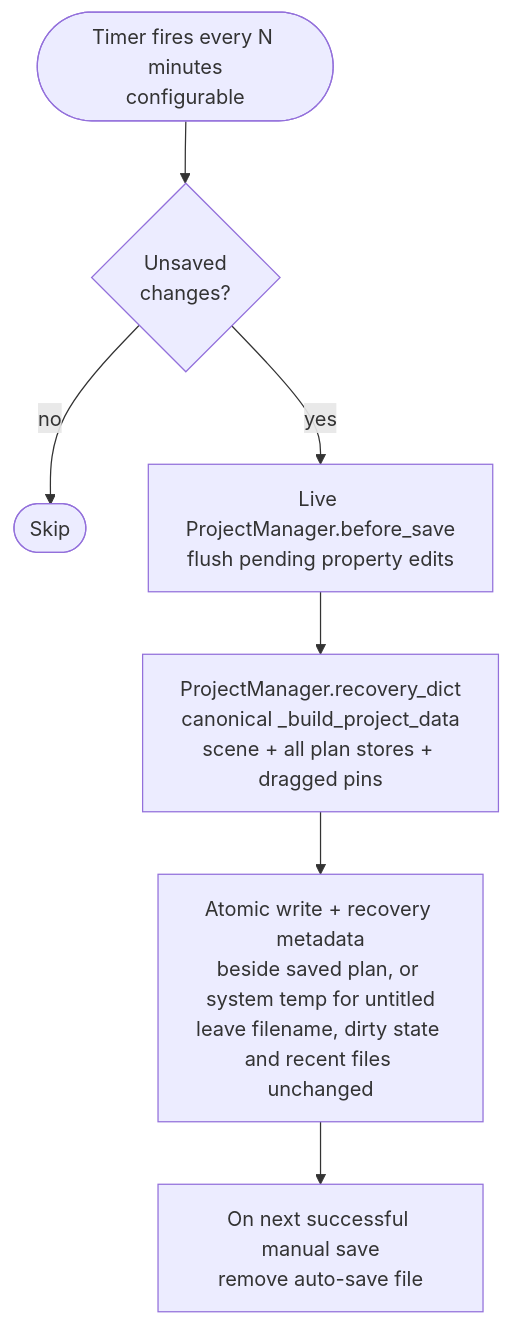
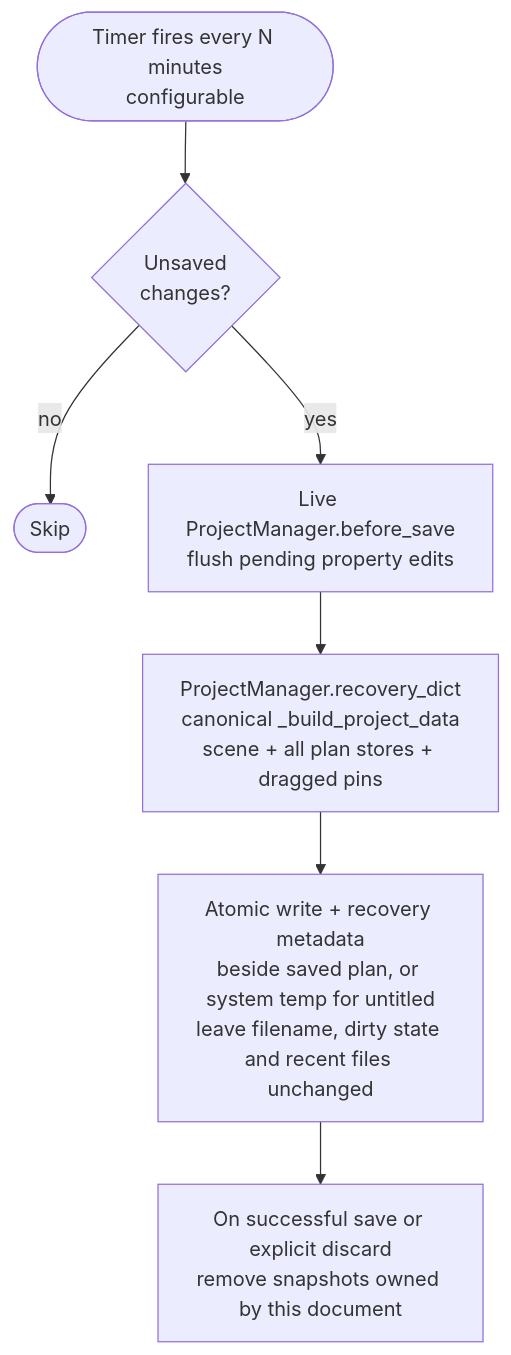
Before and after one commit to cofade/open-garden-planner: diagram 13 of 38 in docs/06-runtime-view/README.md, drawn with Mermaid. The commit also changed other lines of this file and 18 other files, not shown here.

Commit message:
fix(#797): discover saved-plan recovery and retain owned snapshots

````diff
--- a/docs/06-runtime-view/README.md
+++ b/docs/06-runtime-view/README.md
@@ -374,14 +374,14 @@
 ```mermaid
 flowchart TD
     T([Timer fires every N minutes<br/>configurable])
     Dirty{Unsaved<br/>changes?}
     Skip([Skip])
     Flush["Live ProjectManager.before_save<br/>flush pending property edits"]
     Build["ProjectManager.recovery_dict<br/>canonical _build_project_data<br/>scene + all plan stores + dragged pins"]
     Ser["Atomic write + recovery metadata<br/>beside saved plan, or system temp for untitled<br/>leave filename, dirty state and recent files unchanged"]
-    Manual[On next successful manual save<br/>remove auto-save file]
+    Manual[On successful save or explicit discard<br/>remove snapshots owned by this document]
 
     T --> Dirty
     Dirty -->|no| Skip
     Dirty -->|yes| Flush --> Build --> Ser --> Manual
 ```
````
